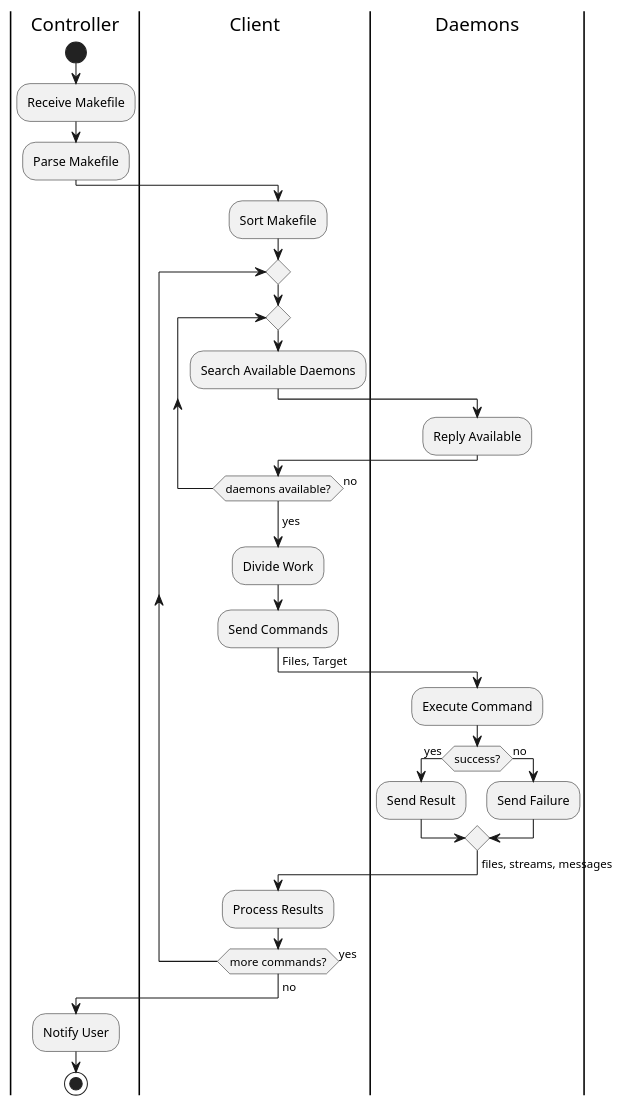
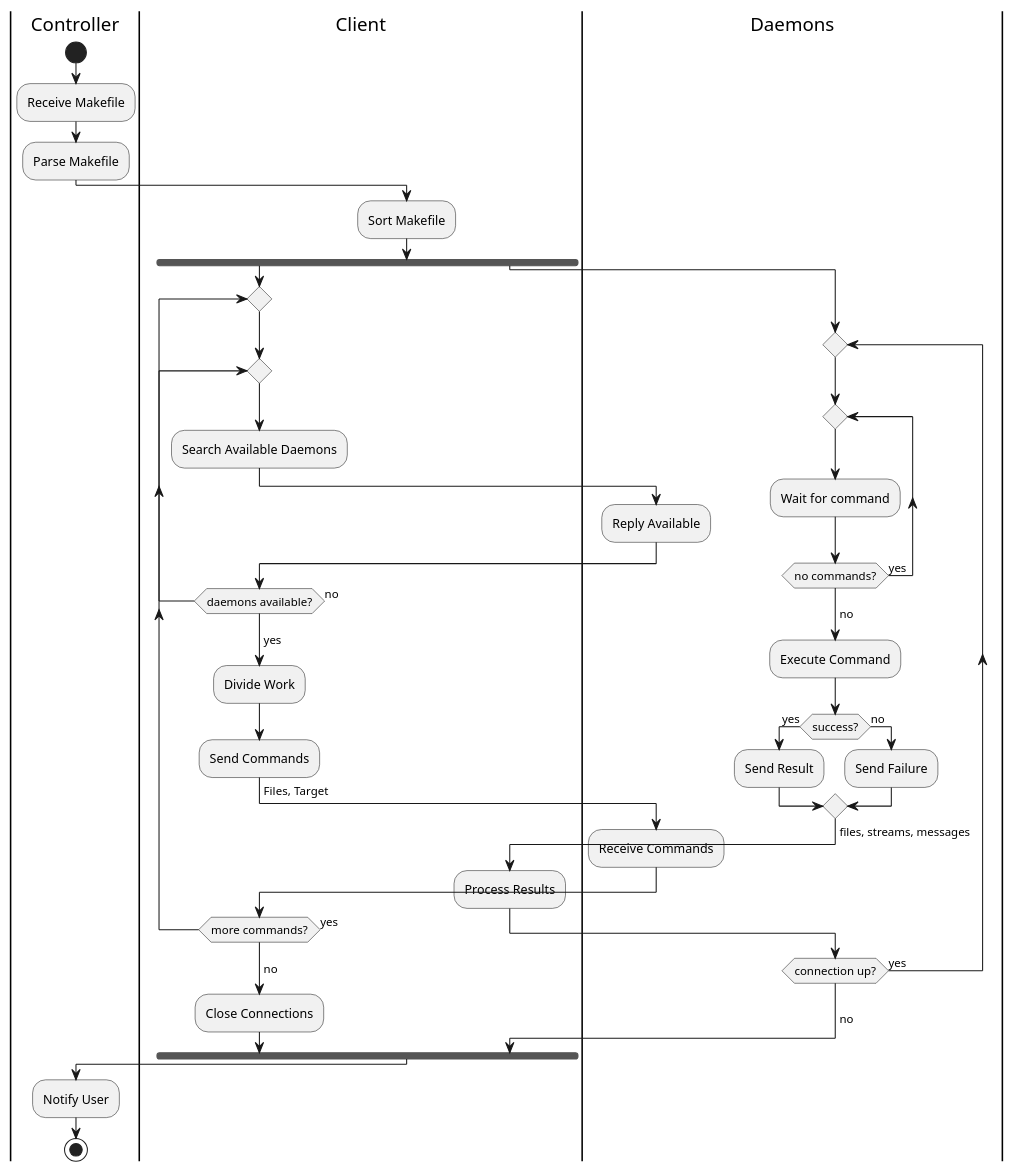
One commit to cs130-w21/1 changed the diagram in Activity/activity.plantuml. Above: the diagram before and after it, drawn with PlantUML.

Commit message:
Made Activity Diagram multi-threaded

```diff
--- a/Activity/activity.plantuml
+++ b/Activity/activity.plantuml
@@ -1,34 +1,50 @@
 @startuml
 |Controller|
 start
 :Receive Makefile;
 :Parse Makefile;
 |Client|
 :Sort Makefile;
+fork
 repeat
 	repeat
 		:Search Available Daemons;
 		|Daemons|
 		:Reply Available;
 		|Client|
 	repeat while(daemons available?) is (no)
 	->yes;
 	:Divide Work;
 	:Send Commands;
 	->Files, Target;
 	|Daemons|
+	:Receive Commands;
+|Client|
+repeat while(more commands?) is (yes)
+->no;
+:Close Connections;
+fork again
+|Daemons|
+repeat
+	repeat
+	:Wait for command;
+		repeat while(no commands?) is (yes)
+	->no;
 	:Execute Command;
 	if (success?) then (yes)
 		:Send Result;
 	else (no)
 		:Send Failure;
 	endif
 	->files, streams, messages;
 	|Client|
 	:Process Results;
-repeat while(more commands?) is (yes)
+|Daemons|
+repeat while (connection up?) is (yes)
 ->no;
+|Client|
+end fork
 |Controller|
 :Notify User;
 stop
 @enduml
```
